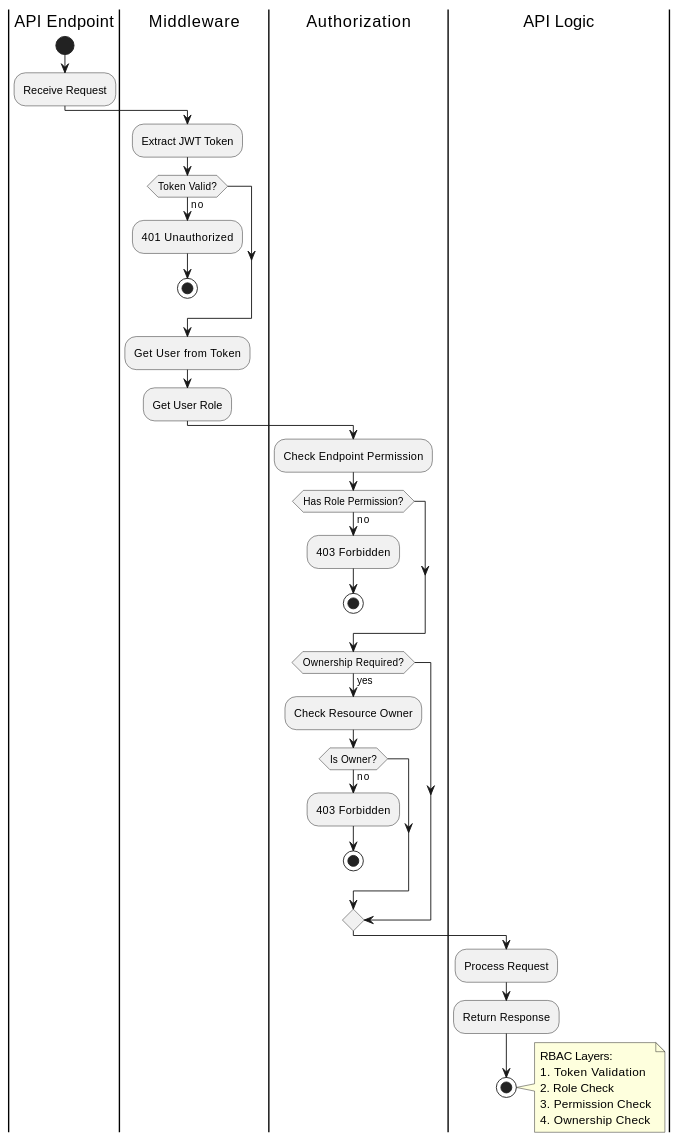
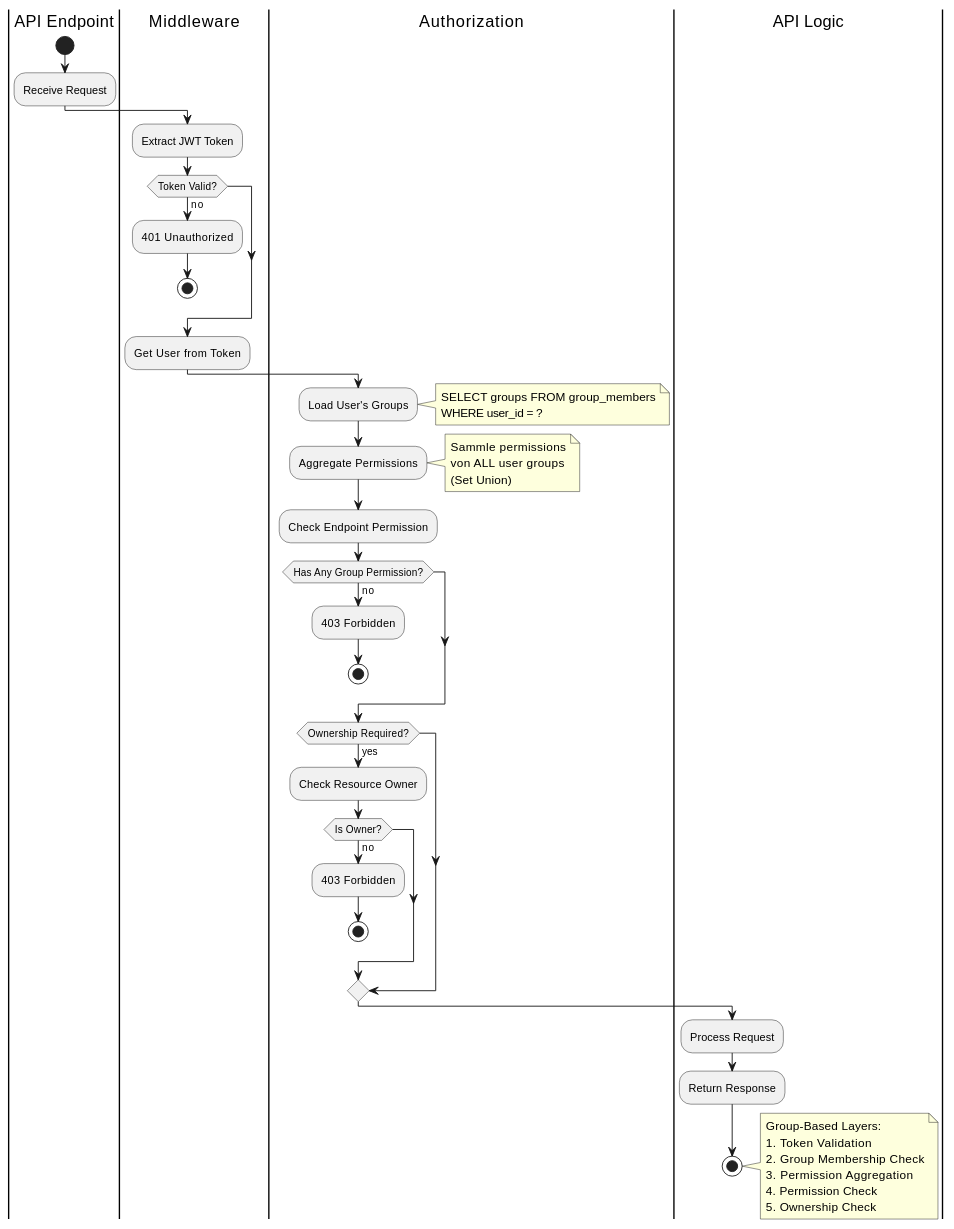
One commit to flokflok1/lernseite changed the seventh of 24 diagrams in LernsystemX-Doku/01_Core/05_Sicherheit-Berechtigungen.md. Above: the diagram before and after it, drawn with PlantUML. The commit also changed other lines of this file and 210 other files, not shown here.

First line of the commit message:
refactor(PHASE-B): Complete cleanup of RBAC 2.0 legacy role system

````diff
--- a/LernsystemX-Doku/01_Core/05_Sicherheit-Berechtigungen.md
+++ b/LernsystemX-Doku/01_Core/05_Sicherheit-Berechtigungen.md
@@ -395,47 +389,60 @@
 ```plantuml
 @startuml
 |API Endpoint|
 start
 :Receive Request;
 
 |Middleware|
 :Extract JWT Token;
 
 if (Token Valid?) then (no)
   :401 Unauthorized;
   stop
 endif
 
 :Get User from Token;
-:Get User Role;
 
 |Authorization|
+:Load User's Groups;
+note right
+  SELECT groups FROM group_members
+  WHERE user_id = ?
+end note
+
+:Aggregate Permissions;
+note right
+  Sammle permissions
+  von ALL user groups
+  (Set Union)
+end note
+
 :Check Endpoint Permission;
 
-if (Has Role Permission?) then (no)
+if (Has Any Group Permission?) then (no)
   :403 Forbidden;
   stop
 endif
 
 if (Ownership Required?) then (yes)
   :Check Resource Owner;
   if (Is Owner?) then (no)
     :403 Forbidden;
     stop
   endif
 endif
 
 |API Logic|
 :Process Request;
 :Return Response;
 stop
 
 note right
-  RBAC Layers:
+  Group-Based Layers:
   1. Token Validation
-  2. Role Check
-  3. Permission Check
-  4. Ownership Check
+  2. Group Membership Check
+  3. Permission Aggregation
+  4. Permission Check
+  5. Ownership Check
 end note
 @enduml
 ```
````
